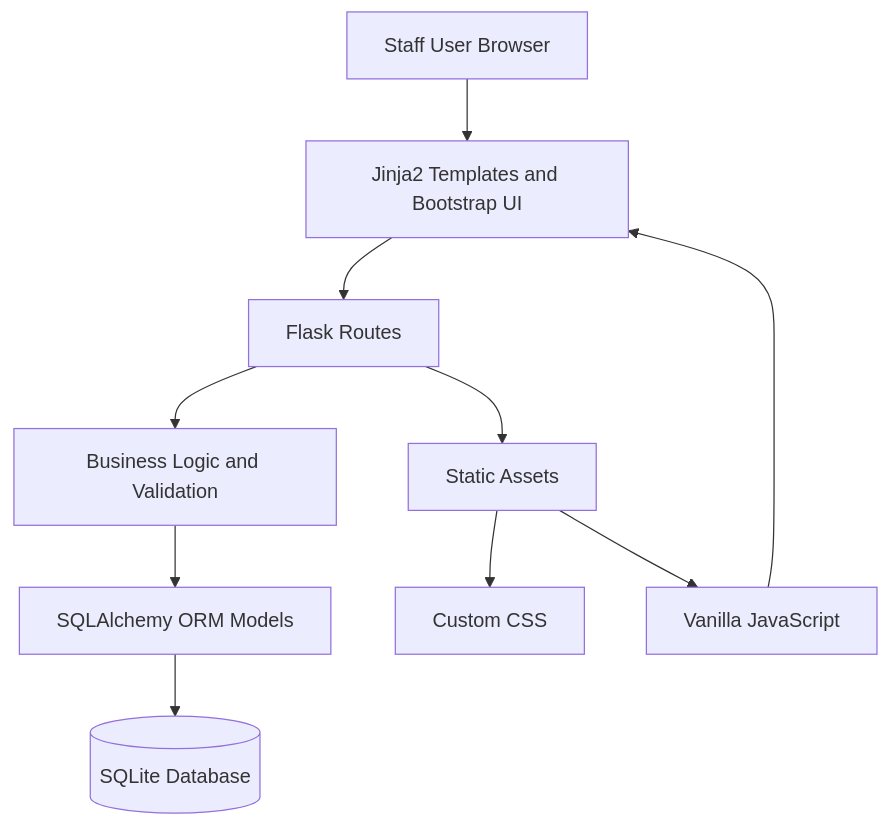
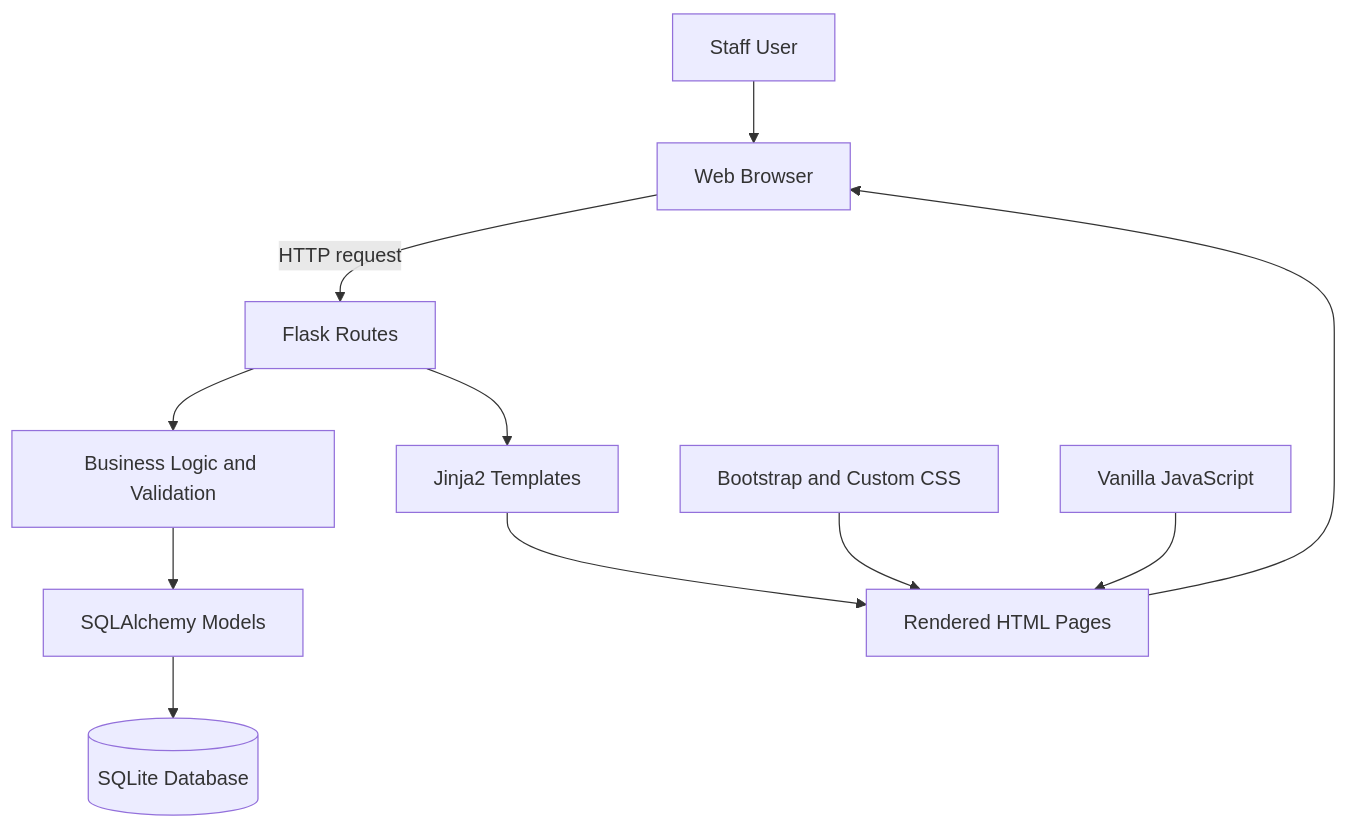
One commit to vlad12-k/boutique-hotel-booking-system changed the second of 8 diagrams in docs/design-diagrams.md. Above: the diagram before and after it, drawn with Mermaid. The commit also changed other lines of this file and 19 other files, not shown here.

````diff
--- a/docs/design-diagrams.md
+++ b/docs/design-diagrams.md
@@ -72,14 +78,16 @@
 ```mermaid
 flowchart TD
-    A[Staff User Browser] --> B[Jinja2 Templates and Bootstrap UI]
-    B --> C[Flask Routes]
+    A[Staff User] --> B[Web Browser]
+
+    B -->|HTTP request| C[Flask Routes]
     C --> D[Business Logic and Validation]
-    D --> E[SQLAlchemy ORM Models]
+    D --> E[SQLAlchemy Models]
     E --> F[(SQLite Database)]
 
-    C --> G[Static Assets]
-    G --> H[Custom CSS]
-    G --> I[Vanilla JavaScript]
+    C --> G[Jinja2 Templates]
+    G --> H[Rendered HTML Pages]
+    H --> B
 
-    I --> B
+    I[Bootstrap and Custom CSS] --> H
+    J[Vanilla JavaScript] --> H
 ```
````
